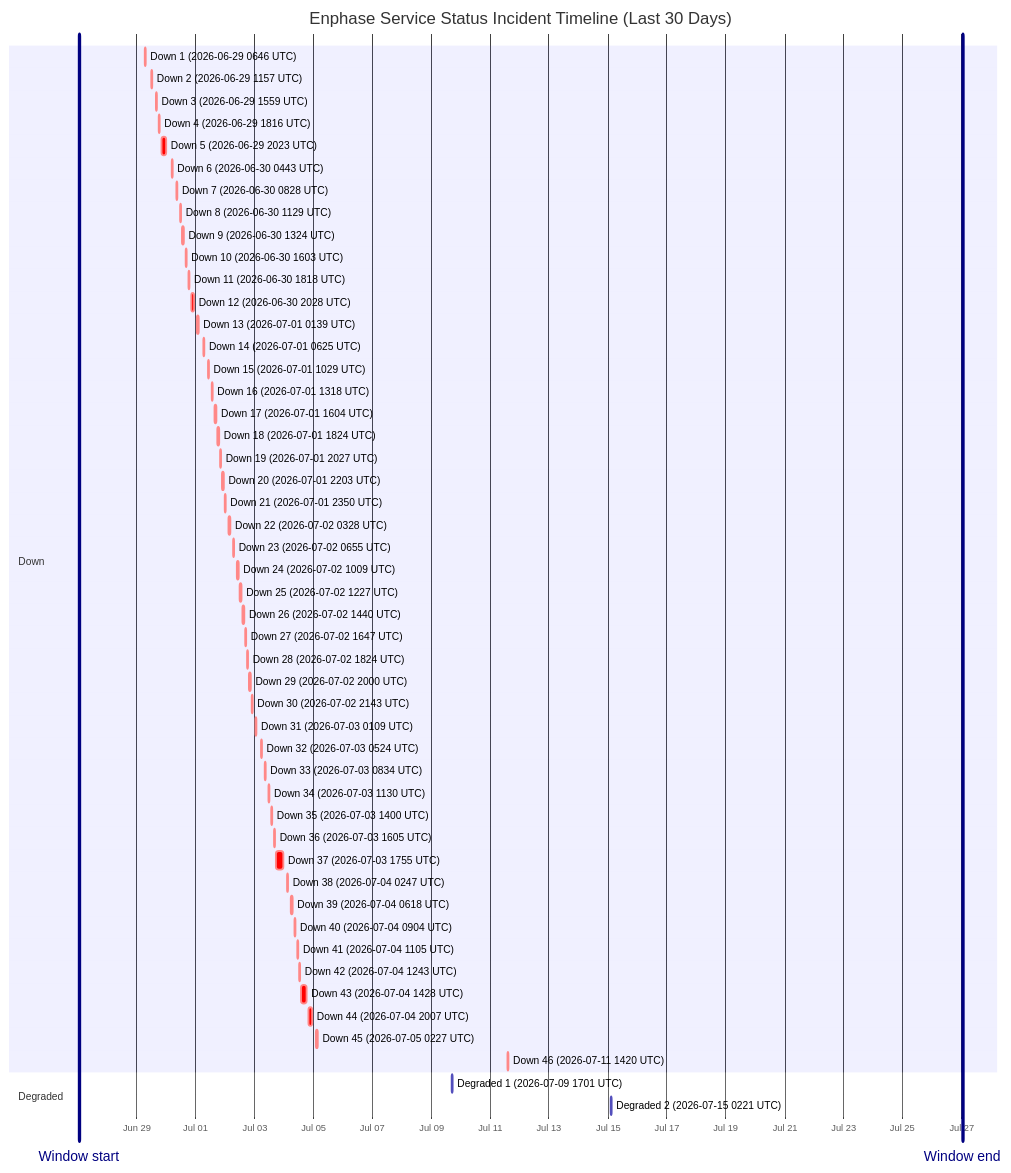
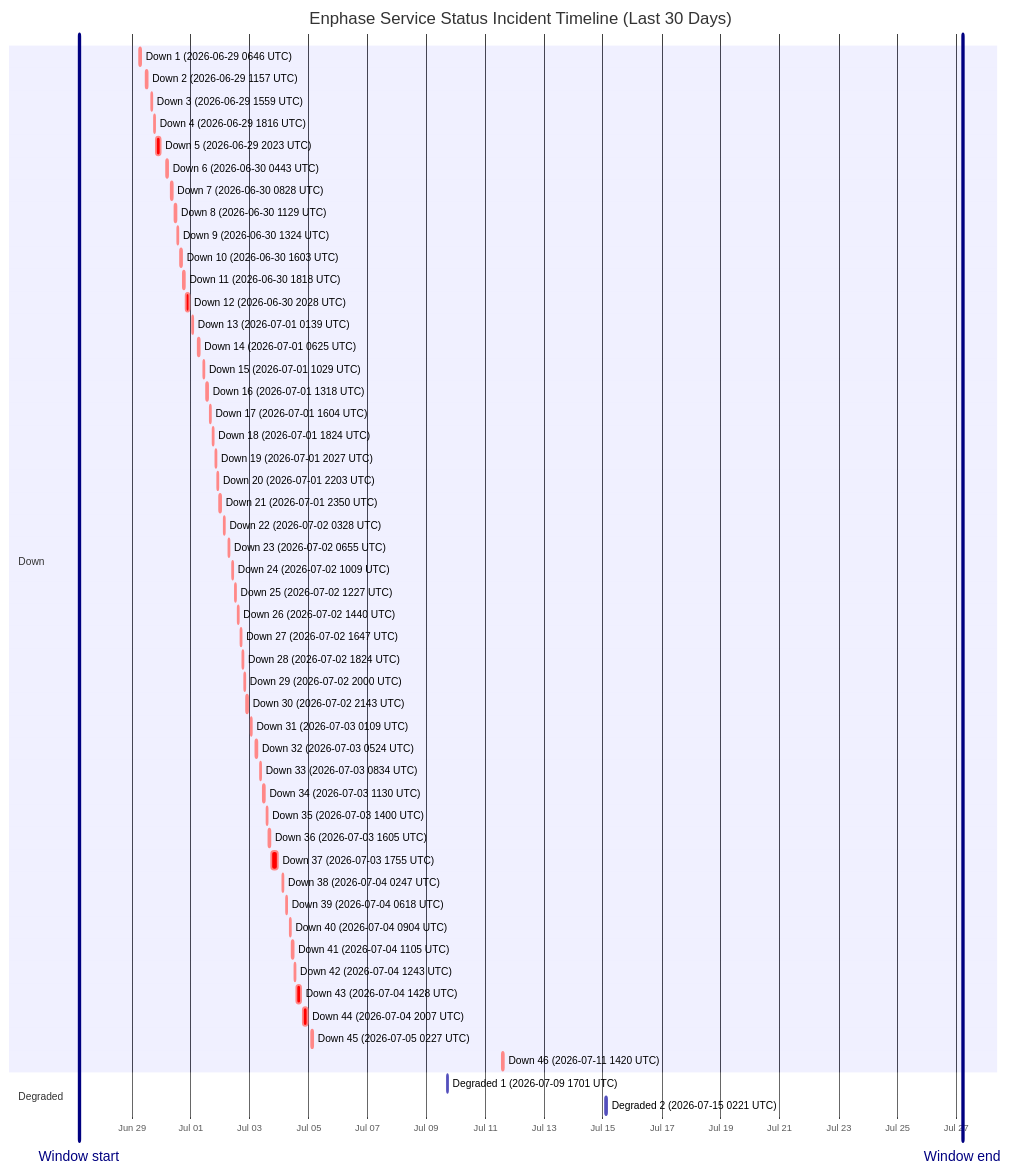
One commit to barneyonline/ha-enphase-energy changed the diagram in wiki/Service-Status-History.md. Above: the diagram before and after it, drawn with Mermaid. The commit also changed other lines of this file and 3 other files, not shown here.

````diff
--- a/wiki/Service-Status-History.md
+++ b/wiki/Service-Status-History.md
@@ -14,58 +14,58 @@
 ```mermaid
 gantt
     title Enphase Service Status Incident Timeline (Last 30 Days)
     dateFormat  YYYY-MM-DDTHH:mm:ss
     axisFormat  %b %d
-    Window start :vert, window-start, 2026-06-27T01:07:37, 0ms
-    Window end :vert, window-end, 2026-07-27T01:07:37, 0ms
+    Window start :vert, window-start, 2026-06-27T05:09:24, 0ms
+    Window end :vert, window-end, 2026-07-27T05:09:24, 0ms
     section Down
     Down 1 (2026-06-29 0646 UTC) :crit, down-1, 2026-06-29T06:46:18, 60m
     Down 2 (2026-06-29 1157 UTC) :crit, down-2, 2026-06-29T11:57:36, 60m
     Down 3 (2026-06-29 1559 UTC) :crit, down-3, 2026-06-29T15:59:02, 60m
     Down 4 (2026-06-29 1816 UTC) :crit, down-4, 2026-06-29T18:16:38, 60m
     Down 5 (2026-06-29 2023 UTC) :crit, down-5, 2026-06-29T20:23:16, 220m
     Down 6 (2026-06-30 0443 UTC) :crit, down-6, 2026-06-30T04:43:54, 60m
     Down 7 (2026-06-30 0828 UTC) :crit, down-7, 2026-06-30T08:28:43, 60m
     Down 8 (2026-06-30 1129 UTC) :crit, down-8, 2026-06-30T11:29:15, 60m
     Down 9 (2026-06-30 1324 UTC) :crit, down-9, 2026-06-30T13:24:25, 60m
     Down 10 (2026-06-30 1603 UTC) :crit, down-10, 2026-06-30T16:03:26, 60m
     Down 11 (2026-06-30 1818 UTC) :crit, down-11, 2026-06-30T18:18:39, 60m
     Down 12 (2026-06-30 2028 UTC) :crit, down-12, 2026-06-30T20:28:54, 171m
     Down 13 (2026-07-01 0139 UTC) :crit, down-13, 2026-07-01T01:39:18, 60m
     Down 14 (2026-07-01 0625 UTC) :crit, down-14, 2026-07-01T06:25:35, 60m
     Down 15 (2026-07-01 1029 UTC) :crit, down-15, 2026-07-01T10:29:24, 60m
     Down 16 (2026-07-01 1318 UTC) :crit, down-16, 2026-07-01T13:18:31, 60m
     Down 17 (2026-07-01 1604 UTC) :crit, down-17, 2026-07-01T16:04:29, 60m
     Down 18 (2026-07-01 1824 UTC) :crit, down-18, 2026-07-01T18:24:21, 60m
     Down 19 (2026-07-01 2027 UTC) :crit, down-19, 2026-07-01T20:27:17, 60m
     Down 20 (2026-07-01 2203 UTC) :crit, down-20, 2026-07-01T22:03:46, 60m
     Down 21 (2026-07-01 2350 UTC) :crit, down-21, 2026-07-01T23:50:52, 60m
     Down 22 (2026-07-02 0328 UTC) :crit, down-22, 2026-07-02T03:28:33, 60m
     Down 23 (2026-07-02 0655 UTC) :crit, down-23, 2026-07-02T06:55:07, 60m
     Down 24 (2026-07-02 1009 UTC) :crit, down-24, 2026-07-02T10:09:15, 60m
     Down 25 (2026-07-02 1227 UTC) :crit, down-25, 2026-07-02T12:27:49, 60m
     Down 26 (2026-07-02 1440 UTC) :crit, down-26, 2026-07-02T14:40:53, 60m
     Down 27 (2026-07-02 1647 UTC) :crit, down-27, 2026-07-02T16:47:47, 60m
     Down 28 (2026-07-02 1824 UTC) :crit, down-28, 2026-07-02T18:24:26, 60m
     Down 29 (2026-07-02 2000 UTC) :crit, down-29, 2026-07-02T20:00:57, 60m
     Down 30 (2026-07-02 2143 UTC) :crit, down-30, 2026-07-02T21:43:52, 80m
     Down 31 (2026-07-03 0109 UTC) :crit, down-31, 2026-07-03T01:09:19, 60m
     Down 32 (2026-07-03 0524 UTC) :crit, down-32, 2026-07-03T05:24:23, 60m
     Down 33 (2026-07-03 0834 UTC) :crit, down-33, 2026-07-03T08:34:05, 60m
     Down 34 (2026-07-03 1130 UTC) :crit, down-34, 2026-07-03T11:30:41, 60m
     Down 35 (2026-07-03 1400 UTC) :crit, down-35, 2026-07-03T14:00:48, 60m
     Down 36 (2026-07-03 1605 UTC) :crit, down-36, 2026-07-03T16:05:49, 60m
     Down 37 (2026-07-03 1755 UTC) :crit, down-37, 2026-07-03T17:55:54, 338m
     Down 38 (2026-07-04 0247 UTC) :crit, down-38, 2026-07-04T02:47:22, 60m
     Down 39 (2026-07-04 0618 UTC) :crit, down-39, 2026-07-04T06:18:09, 60m
     Down 40 (2026-07-04 0904 UTC) :crit, down-40, 2026-07-04T09:04:41, 60m
     Down 41 (2026-07-04 1105 UTC) :crit, down-41, 2026-07-04T11:05:21, 60m
     Down 42 (2026-07-04 1243 UTC) :crit, down-42, 2026-07-04T12:43:25, 60m
     Down 43 (2026-07-04 1428 UTC) :crit, down-43, 2026-07-04T14:28:07, 243m
     Down 44 (2026-07-04 2007 UTC) :crit, down-44, 2026-07-04T20:07:50, 206m
     Down 45 (2026-07-05 0227 UTC) :crit, down-45, 2026-07-05T02:27:32, 109m
     Down 46 (2026-07-11 1420 UTC) :crit, down-46, 2026-07-11T14:20:54, 69m
     section Degraded
     Degraded 1 (2026-07-09 1701 UTC) :active, degraded-1, 2026-07-09T17:01:02, 60m
     Degraded 2 (2026-07-15 0221 UTC) :active, degraded-2, 2026-07-15T02:21:35, 60m
 ```
````
